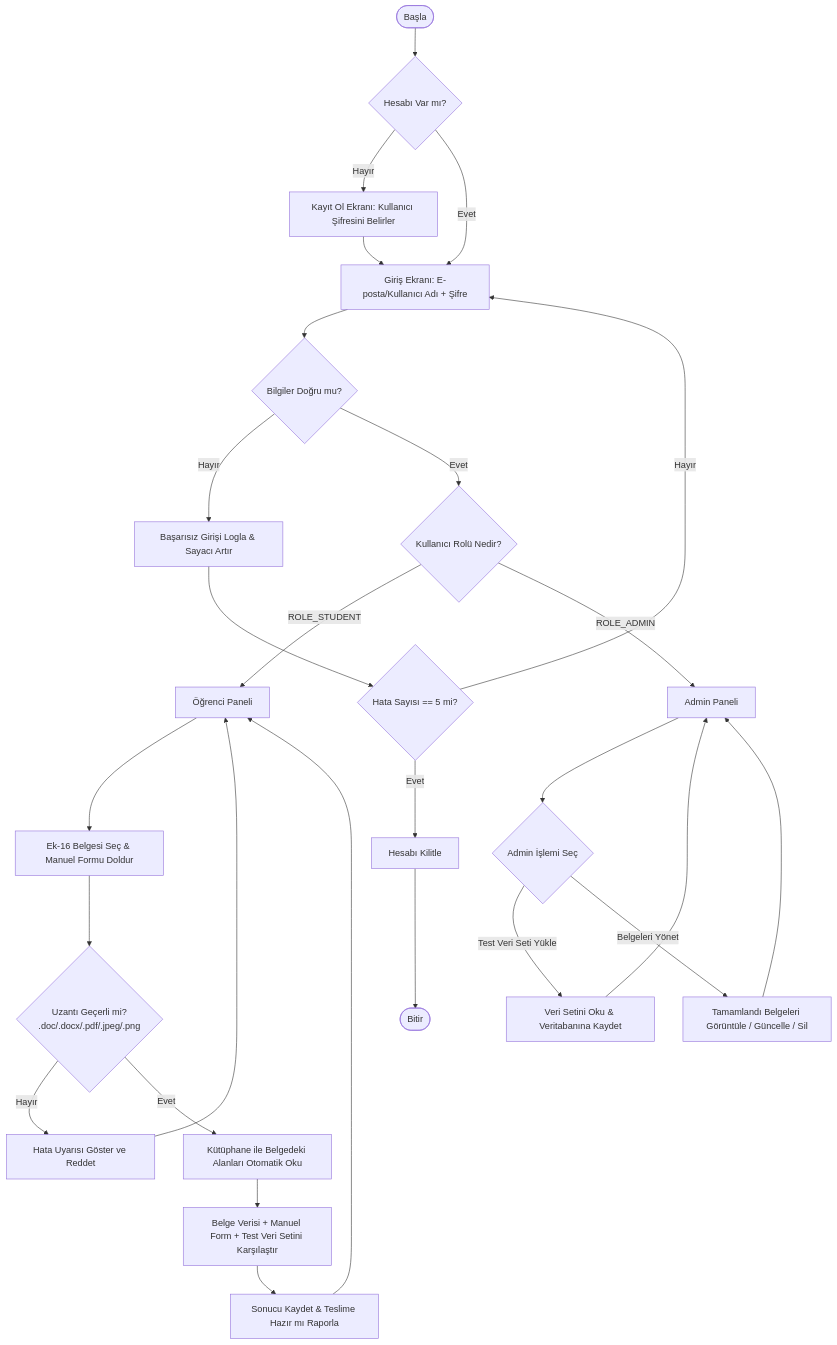
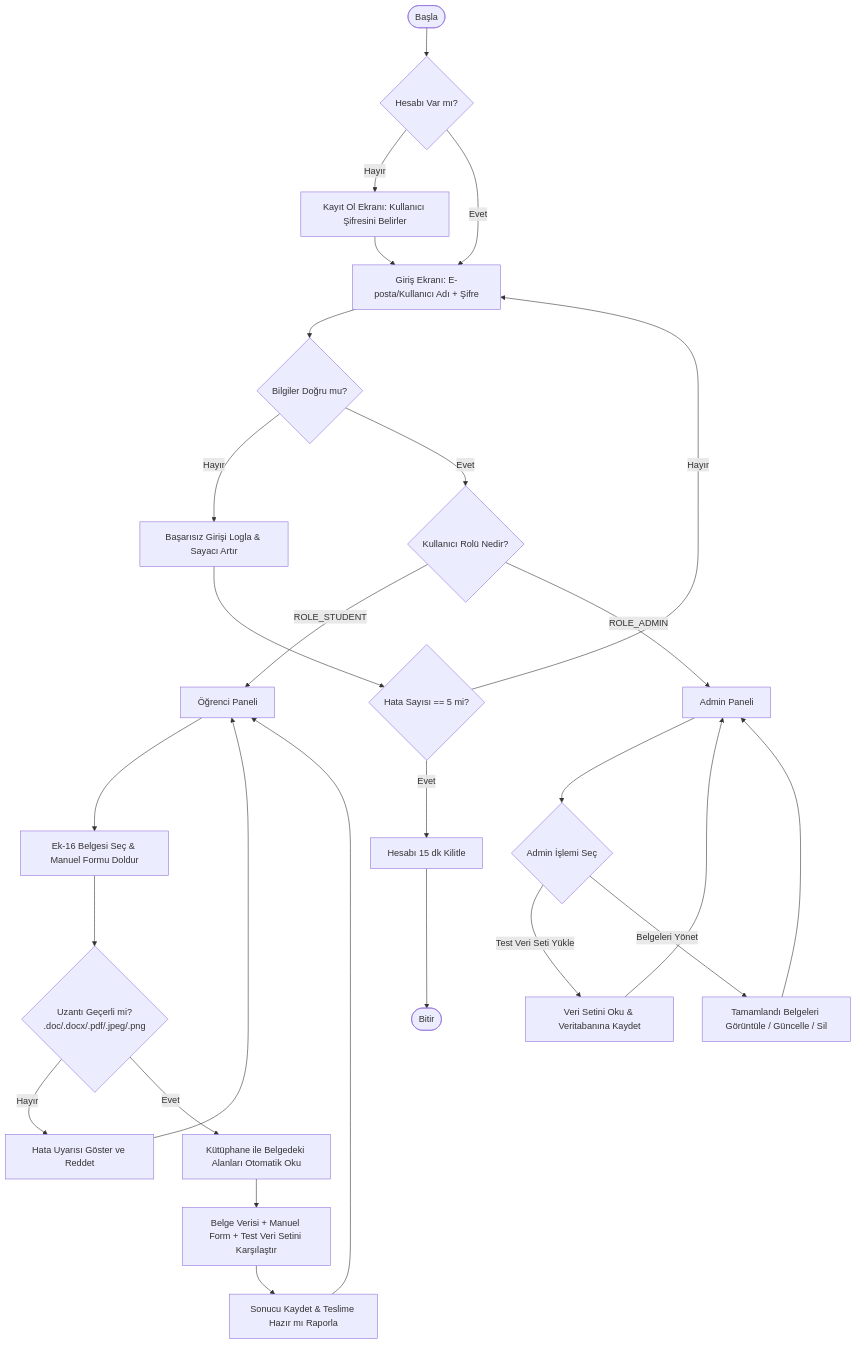
The diagram in docs/03_AKIS_DIYAGRAMI_FLOWCHART.md (faruksrcn21-ux/staj-yonetim-sistemi), drawn with Mermaid before and after one commit. The commit also changed other lines of this file and 4 other files, not shown here.

````diff
--- a/docs/03_AKIS_DIYAGRAMI_FLOWCHART.md
+++ b/docs/03_AKIS_DIYAGRAMI_FLOWCHART.md
@@ -25,31 +25,31 @@
 ```mermaid
 flowchart TD
     Start([Başla]) --> HasAccount{Hesabı Var mı?}
     HasAccount -- Hayır --> Register[Kayıt Ol Ekranı: Kullanıcı Şifresini Belirler]
     Register --> Login[Giriş Ekranı: E-posta/Kullanıcı Adı + Şifre]
     HasAccount -- Evet --> Login
 
     Login --> AuthCheck{Bilgiler Doğru mu?}
     AuthCheck -- Hayır --> LogFail[Başarısız Girişi Logla & Sayacı Artır]
     LogFail --> LockCheck{Hata Sayısı == 5 mi?}
-    LockCheck -- Evet --> LockAccount[Hesabı Kilitle] --> End([Bitir])
+    LockCheck -- Evet --> LockAccount[Hesabı 15 dk Kilitle] --> End([Bitir])
     LockCheck -- Hayır --> Login
 
     AuthCheck -- Evet --> RoleCheck{Kullanıcı Rolü Nedir?}
 
     %% ÖĞRENCİ AKIŞI
     RoleCheck -- ROLE_STUDENT --> StudentPanel[Öğrenci Paneli]
     StudentPanel --> UploadAction[Ek-16 Belgesi Seç & Manuel Formu Doldur]
     UploadAction --> ExtCheck{Uzantı Geçerli mi?<br/>.doc/.docx/.pdf/.jpeg/.png}
     ExtCheck -- Hayır --> ExtError[Hata Uyarısı Göster ve Reddet] --> StudentPanel
     ExtCheck -- Evet --> ParseDoc[Kütüphane ile Belgedeki Alanları Otomatik Oku]
     ParseDoc --> CompareData[Belge Verisi + Manuel Form + Test Veri Setini Karşılaştır]
     CompareData --> SaveResult[Sonucu Kaydet & Teslime Hazır mı Raporla]
     SaveResult --> StudentPanel
 
     %% ADMİN AKIŞI
     RoleCheck -- ROLE_ADMIN --> AdminPanel[Admin Paneli]
     AdminPanel --> AdminChoice{Admin İşlemi Seç}
     AdminChoice -- Test Veri Seti Yükle --> ImportDataset[Veri Setini Oku & Veritabanına Kaydet] --> AdminPanel
     AdminChoice -- Belgeleri Yönet --> ManageDocs[Tamamlandı Belgeleri Görüntüle / Güncelle / Sil] --> AdminPanel
 ```
````
